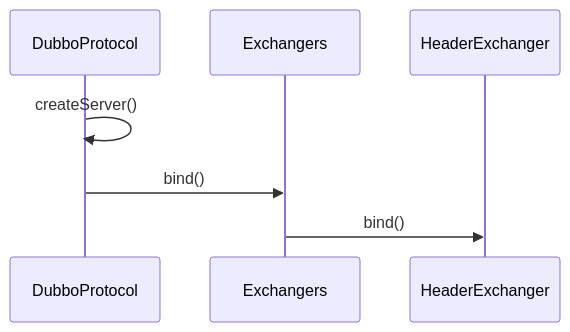
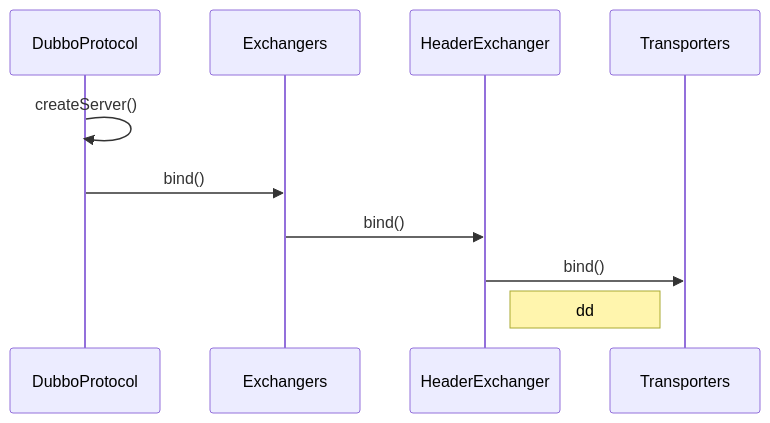
The second of 2 diagrams in dubbo/dubbo.md (zhudongdong/docs), drawn with Mermaid before and after one commit. The commit also changed other lines of this file, not shown here.

Commit message:
Uploaded by https://stackedit.io/

````diff
--- a/dubbo/dubbo.md
+++ b/dubbo/dubbo.md
@@ -157,6 +157,8 @@
 ```mermaid
 sequenceDiagram
 DubboProtocol ->> DubboProtocol: createServer()
 DubboProtocol ->> Exchangers:bind()
 Exchangers ->> HeaderExchanger:bind()
+HeaderExchanger ->> Transporters:bind()
+Note right of HeaderExchanger:dd
 ```
````
